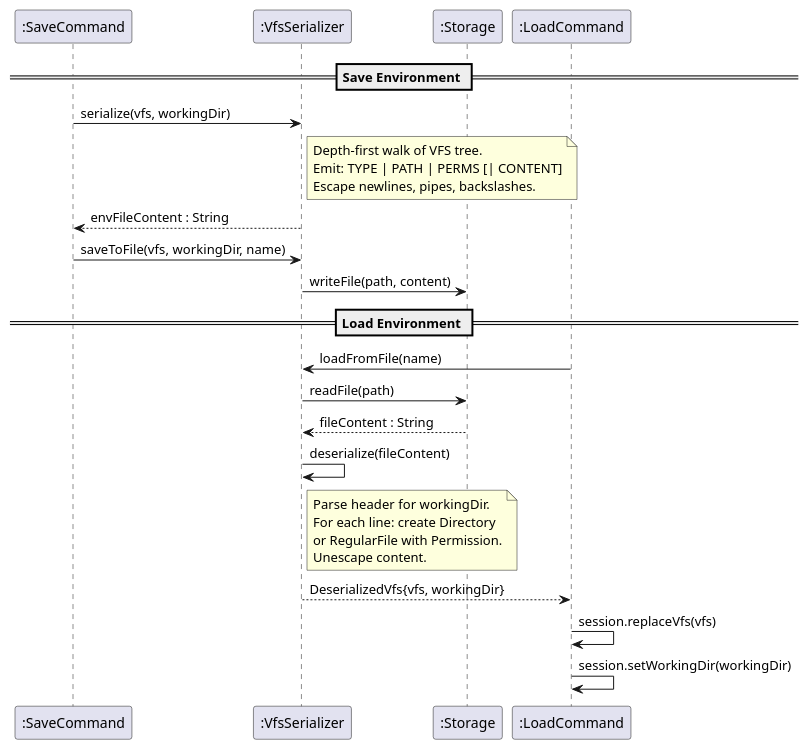
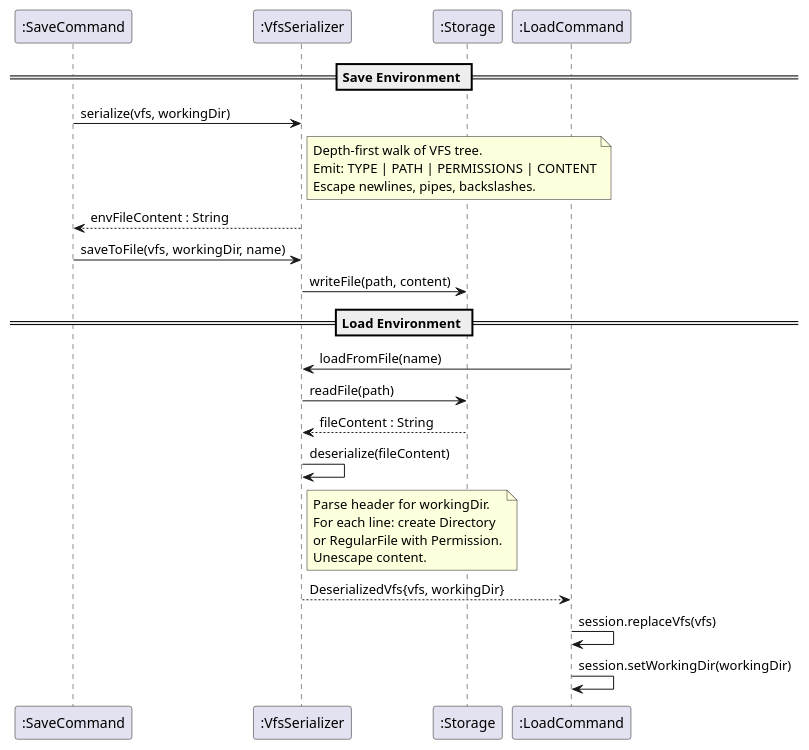
Diagram 11 of 14 in docs/DeveloperGuide.md (siddhant2118/tp), drawn with PlantUML before and after one commit. The commit also changed other lines of this file and 3 other files, not shown here.

Commit message:
Create UML Diagrams and document Prac Question Implementation

````diff
--- a/docs/DeveloperGuide.md
+++ b/docs/DeveloperGuide.md
@@ -690,34 +690,34 @@
 ```plantuml
 @startuml
 participant ":SaveCommand" as Save
 participant ":VfsSerializer" as VS
 participant ":Storage" as S
 
 == Save Environment ==
 Save -> VS : serialize(vfs, workingDir)
 note right of VS
   Depth-first walk of VFS tree.
-  Emit: TYPE | PATH | PERMS [| CONTENT]
+  Emit: TYPE | PATH | PERMISSIONS | CONTENT
   Escape newlines, pipes, backslashes.
 end note
 VS --> Save : envFileContent : String
 Save -> VS : saveToFile(vfs, workingDir, name)
 VS -> S : writeFile(path, content)
 
 == Load Environment ==
 participant ":LoadCommand" as Load
 Load -> VS : loadFromFile(name)
 VS -> S : readFile(path)
 S --> VS : fileContent : String
 VS -> VS : deserialize(fileContent)
 note right of VS
   Parse header for workingDir.
   For each line: create Directory
   or RegularFile with Permission.
   Unescape content.
 end note
 VS --> Load : DeserializedVfs{vfs, workingDir}
 Load -> Load : session.replaceVfs(vfs)
 Load -> Load : session.setWorkingDir(workingDir)
 @enduml
 ```
````
